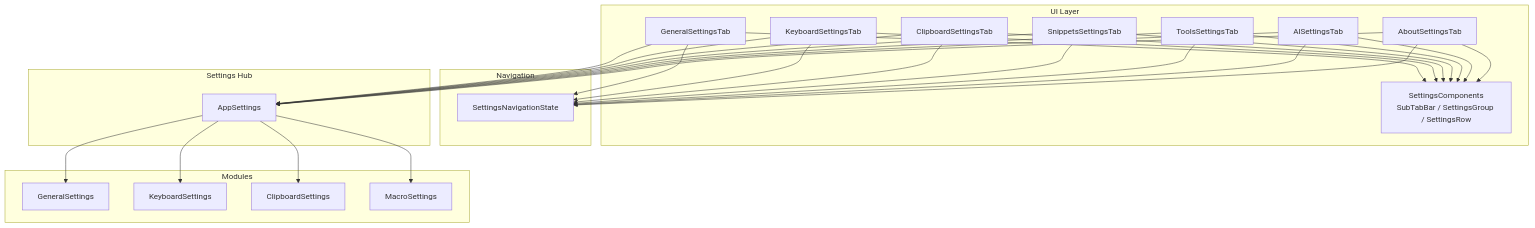
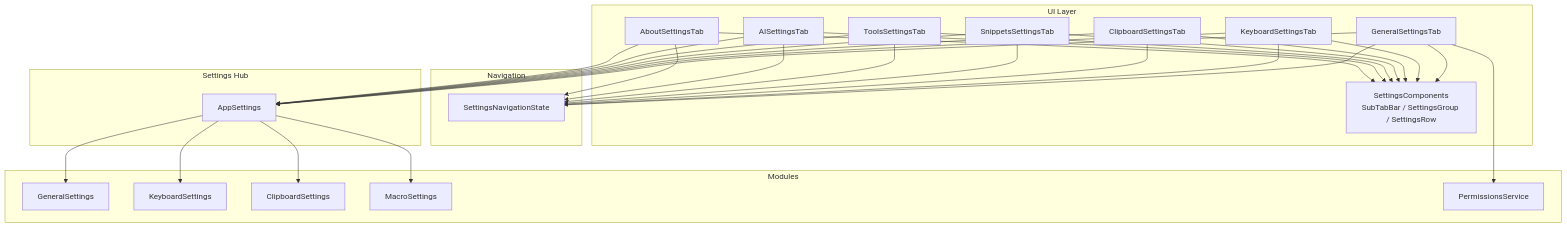
One commit to Nam088/skey changed the first of 8 diagrams in .qoder/repowiki/en/content/macOS Application/Settings Interface/Settings Tabs.md. Above: the diagram before and after it, drawn with Mermaid. The commit also changed other lines of this file and 169 other files, not shown here.

````diff
--- a/.qoder/repowiki/en/content/macOS Application/Settings Interface/Settings Tabs.md
+++ b/.qoder/repowiki/en/content/macOS Application/Settings Interface/Settings Tabs.md
@@ -44,50 +52,52 @@
 ```mermaid
 graph TB
 subgraph "UI Layer"
 G["GeneralSettingsTab"]
 K["KeyboardSettingsTab"]
 C["ClipboardSettingsTab"]
 S["SnippetsSettingsTab"]
 T["ToolsSettingsTab"]
 A["AISettingsTab"]
 B["AboutSettingsTab"]
 Comp["SettingsComponents<br/>SubTabBar / SettingsGroup / SettingsRow"]
 end
 subgraph "Navigation"
 Nav["SettingsNavigationState"]
 end
 subgraph "Settings Hub"
 Hub["AppSettings"]
 end
 subgraph "Modules"
 GS["GeneralSettings"]
 KS["KeyboardSettings"]
 CS["ClipboardSettings"]
 MS["MacroSettings"]
+PS["PermissionsService"]
 end
 G --> Comp
 K --> Comp
 C --> Comp
 S --> Comp
 T --> Comp
 A --> Comp
 B --> Comp
 G --> Nav
 K --> Nav
 C --> Nav
 S --> Nav
 T --> Nav
 A --> Nav
 B --> Nav
 G --> Hub
 K --> Hub
 C --> Hub
 S --> Hub
 T --> Hub
 A --> Hub
 B --> Hub
 Hub --> GS
 Hub --> KS
 Hub --> CS
 Hub --> MS
+G --> PS
 ```
````
